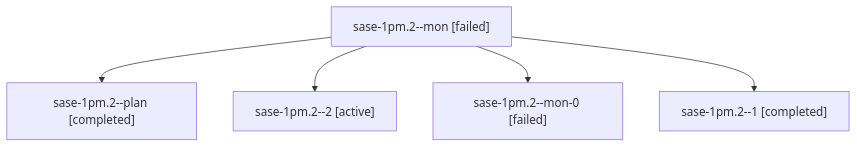
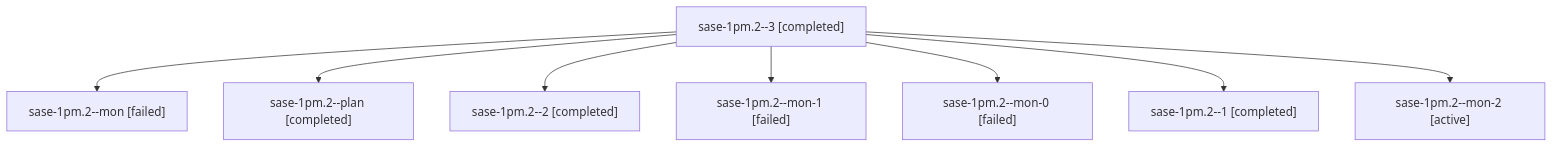
One commit to sase-org/sase--agents changed the diagram in sessions/bbugyi200.athena.sase-1pm.2.md. Above: the diagram before and after it, drawn with Mermaid. The commit also changed other lines of this file and 104 other files, not shown here.

````diff
--- a/sessions/bbugyi200.athena.sase-1pm.2.md
+++ b/sessions/bbugyi200.athena.sase-1pm.2.md
@@ -9,12 +9,18 @@
 ```mermaid
 flowchart TD
-  n0["sase-1pm.2--mon [failed]"]
-  n1["sase-1pm.2--plan [completed]"]
+  n0["sase-1pm.2--3 [completed]"]
+  n1["sase-1pm.2--mon [failed]"]
   n0 --> n1
-  n2["sase-1pm.2--2 [active]"]
+  n2["sase-1pm.2--plan [completed]"]
   n0 --> n2
-  n3["sase-1pm.2--mon-0 [failed]"]
+  n3["sase-1pm.2--2 [completed]"]
   n0 --> n3
-  n4["sase-1pm.2--1 [completed]"]
+  n4["sase-1pm.2--mon-1 [failed]"]
   n0 --> n4
+  n5["sase-1pm.2--mon-0 [failed]"]
+  n0 --> n5
+  n6["sase-1pm.2--1 [completed]"]
+  n0 --> n6
+  n7["sase-1pm.2--mon-2 [active]"]
+  n0 --> n7
 ```
````
